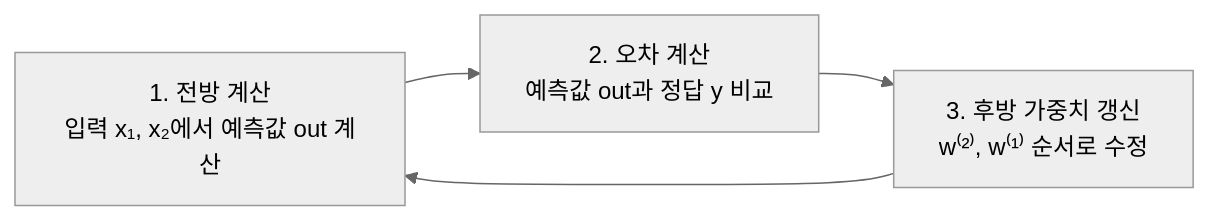
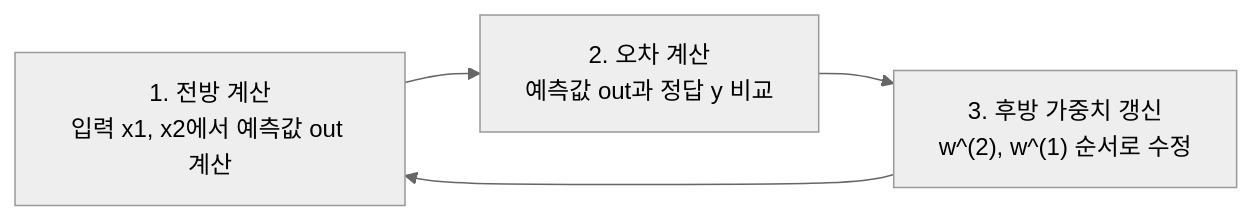
One commit to Choroning/25Fall_Software-Applications changed the second of 2 diagrams in Lecture-Notes/Lec03_Image-Processing-1/Concepts_Lecture.ko.md. Above: the diagram before and after it, drawn with Mermaid (neutral theme). The commit also changed other lines of this file and 7 other files, not shown here.

First line of the commit message:
Fix diagram labels and definition boxes after review

````diff
--- a/Lecture-Notes/Lec03_Image-Processing-1/Concepts_Lecture.ko.md
+++ b/Lecture-Notes/Lec03_Image-Processing-1/Concepts_Lecture.ko.md
@@ -79,6 +79,6 @@
 ```mermaid
 graph LR
-    F["1. 전방 계산<br>입력 x₁, x₂에서 예측값 out 계산"] --> E["2. 오차 계산<br>예측값 out과 정답 y 비교"]
-    E --> B["3. 후방 가중치 갱신<br>w⁽²⁾, w⁽¹⁾ 순서로 수정"]
+    F["1. 전방 계산<br>입력 x1, x2에서 예측값 out 계산"] --> E["2. 오차 계산<br>예측값 out과 정답 y 비교"]
+    E --> B["3. 후방 가중치 갱신<br>w^(2), w^(1) 순서로 수정"]
     B --> F
 ```
````
